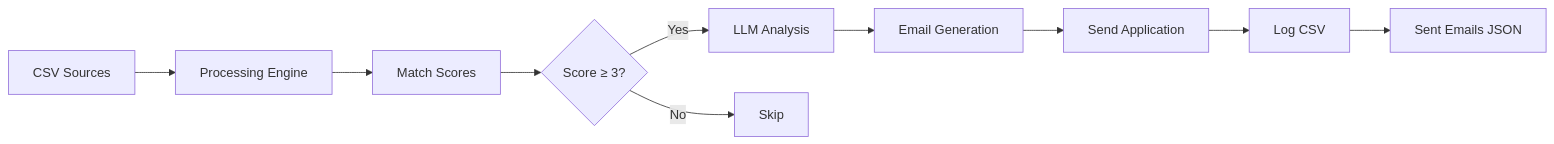
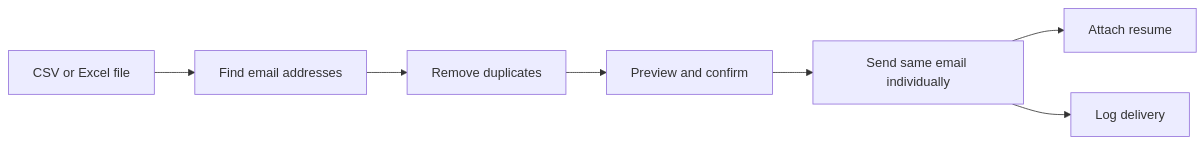
One commit to Gaurav775-Git/Internship_Automation changed the diagram in GUIDE.md. Above: the diagram before and after it, drawn with Mermaid. The commit also changed other lines of this file and 5 other files, not shown here.

````diff
--- a/GUIDE.md
+++ b/GUIDE.md
@@ -7,12 +7,9 @@
 ```mermaid
 flowchart LR
-    A[CSV Sources] --> B[Processing Engine]
-    B --> C[Match Scores]
-    C --> D{Score ≥ 3?}
-    D -->|Yes| E[LLM Analysis]
-    E --> F[Email Generation]
-    F --> G[Send Application]
-    D -->|No| H[Skip]
-    G --> I[Log CSV]
-    I --> J[Sent Emails JSON]
+    A[CSV or Excel file] --> B[Find email addresses]
+    B --> C[Remove duplicates]
+    C --> D[Preview and confirm]
+    D --> E[Send same email individually]
+    E --> F[Attach resume]
+    E --> G[Log delivery]
 ```
````
